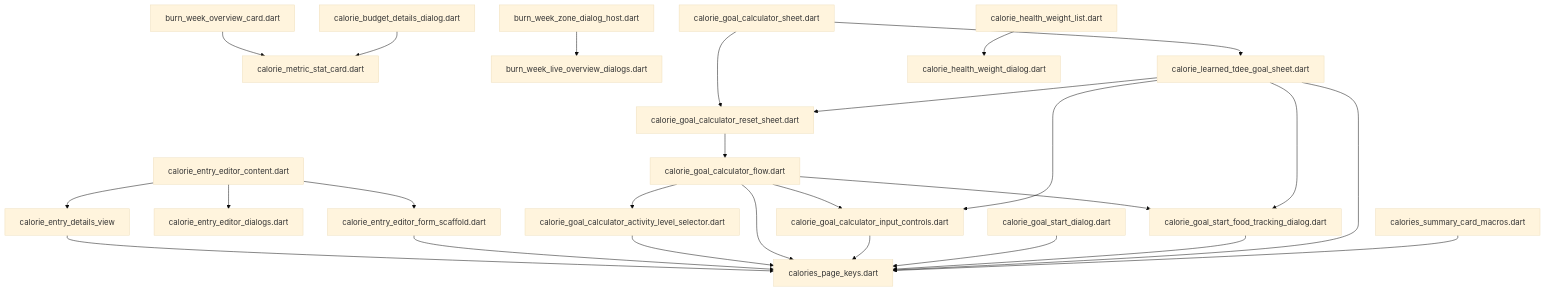
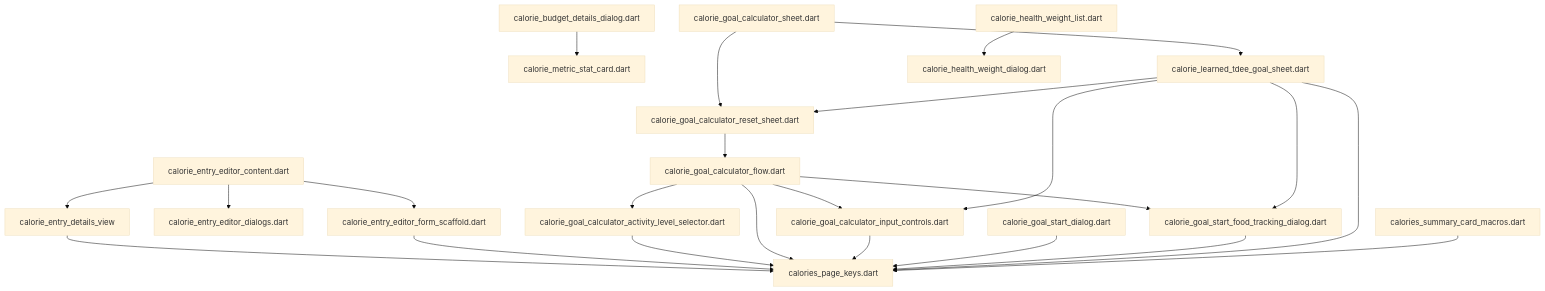
One commit to repinw/yamt changed the diagram in lib/features/calories/presentation/widgets/DEPS.md. Above: the diagram before and after it, drawn with Mermaid (base theme). The commit also changed 255 other files, not shown here.

````diff
--- a/lib/features/calories/presentation/widgets/DEPS.md
+++ b/lib/features/calories/presentation/widgets/DEPS.md
@@ -6,28 +6,26 @@
 ```mermaid
 flowchart TD;
-burn_week_overview_card.dart-->calorie_metric_stat_card.dart;
-burn_week_zone_dialog_host.dart-->burn_week_live_overview_dialogs.dart;
 calorie_budget_details_dialog.dart-->calorie_metric_stat_card.dart;
 calorie_entry_details_view-->calories_page_keys.dart;
 calorie_entry_editor_content.dart-->calorie_entry_details_view;
 calorie_entry_editor_content.dart-->calorie_entry_editor_dialogs.dart;
 calorie_entry_editor_content.dart-->calorie_entry_editor_form_scaffold.dart;
 calorie_entry_editor_form_scaffold.dart-->calories_page_keys.dart;
 calorie_goal_calculator_activity_level_selector.dart-->calories_page_keys.dart;
 calorie_goal_calculator_flow.dart-->calorie_goal_calculator_activity_level_selector.dart;
 calorie_goal_calculator_flow.dart-->calorie_goal_calculator_input_controls.dart;
 calorie_goal_calculator_flow.dart-->calorie_goal_start_food_tracking_dialog.dart;
 calorie_goal_calculator_flow.dart-->calories_page_keys.dart;
 calorie_goal_calculator_input_controls.dart-->calories_page_keys.dart;
 calorie_goal_calculator_reset_sheet.dart-->calorie_goal_calculator_flow.dart;
 calorie_goal_calculator_sheet.dart-->calorie_goal_calculator_reset_sheet.dart;
 calorie_goal_calculator_sheet.dart-->calorie_learned_tdee_goal_sheet.dart;
 calorie_goal_start_dialog.dart-->calories_page_keys.dart;
 calorie_goal_start_food_tracking_dialog.dart-->calories_page_keys.dart;
 calorie_health_weight_list.dart-->calorie_health_weight_dialog.dart;
 calorie_learned_tdee_goal_sheet.dart-->calorie_goal_calculator_input_controls.dart;
 calorie_learned_tdee_goal_sheet.dart-->calorie_goal_calculator_reset_sheet.dart;
 calorie_learned_tdee_goal_sheet.dart-->calorie_goal_start_food_tracking_dialog.dart;
 calorie_learned_tdee_goal_sheet.dart-->calories_page_keys.dart;
 calories_summary_card_macros.dart-->calories_page_keys.dart;
 ```
````
